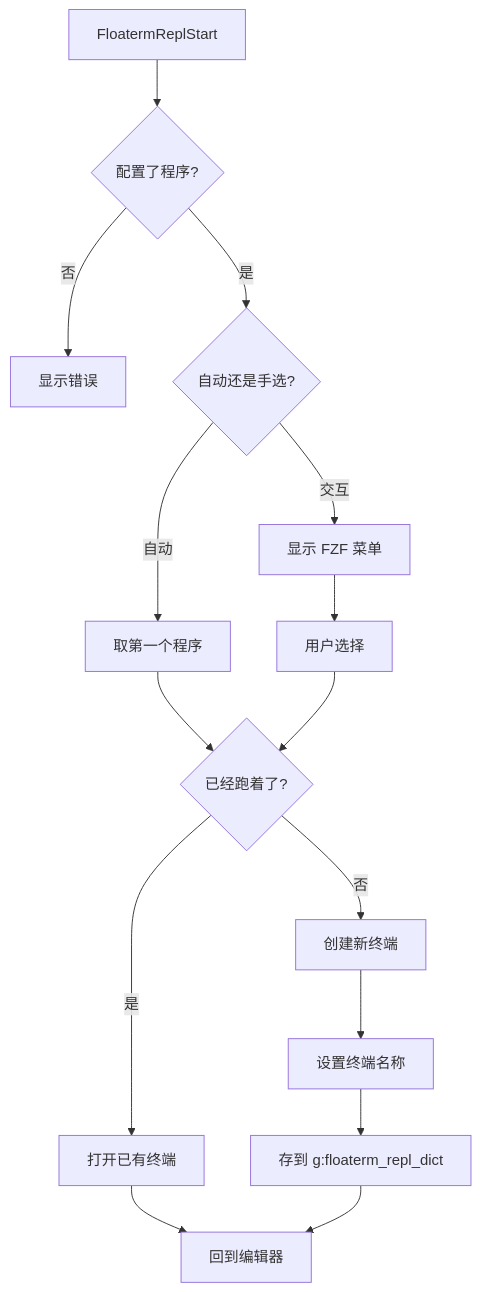
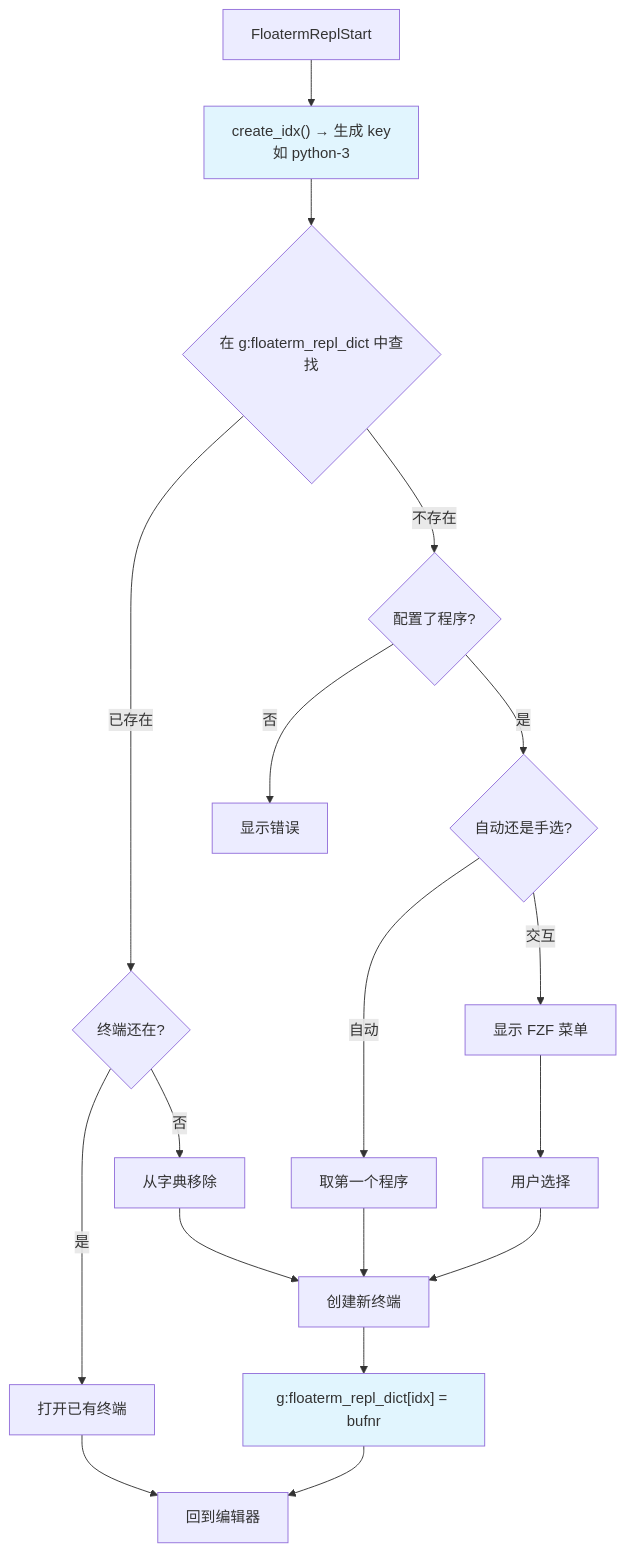
Before and after one commit to leoatchina/vim-floaterm-enhance: the third of 5 diagrams in README_cn.md, drawn with Mermaid. The commit also changed other lines of this file and 1 other file, not shown here.

````diff
--- a/README_cn.md
+++ b/README_cn.md
@@ -146,17 +187,21 @@
 ```mermaid
 graph TB
-    Start[FloatermReplStart] --> Check{配置了程序?}
+    Start[FloatermReplStart] --> GenIdx["create_idx() → 生成 key<br/>如 python-3"]
+    GenIdx --> Lookup{在 g:floaterm_repl_dict 中查找}
+    Lookup -->|已存在| Validate{终端还在?}
+    Validate -->|是| OpenExist[打开已有终端]
+    Validate -->|否| Remove[从字典移除] --> NewREPL
+    Lookup -->|不存在| Check{配置了程序?}
     Check -->|否| Error[显示错误]
     Check -->|是| SelectMode{自动还是手选?}
     SelectMode -->|自动| GetFirst[取第一个程序]
     SelectMode -->|交互| ShowMenu[显示 FZF 菜单]
-    GetFirst --> CheckRunning{已经跑着了?}
-    ShowMenu --> UserSelect[用户选择]
-    UserSelect --> CheckRunning
-    CheckRunning -->|是| OpenExist[打开已有终端]
-    CheckRunning -->|否| CreateNew[创建新终端]
-    CreateNew --> SetName[设置终端名称]
-    SetName --> StoreMap[存到 g:floaterm_repl_dict]
-    OpenExist --> Return[回到编辑器]
-    StoreMap --> Return
+    GetFirst --> NewREPL[创建新终端]
+    ShowMenu --> UserSelect[用户选择] --> NewREPL
+    NewREPL --> StoreMap["g:floaterm_repl_dict[idx] = bufnr"]
+    StoreMap --> Return[回到编辑器]
+    OpenExist --> Return
+
+    style GenIdx fill:#e1f5fe
+    style StoreMap fill:#e1f5fe
 ```
````
